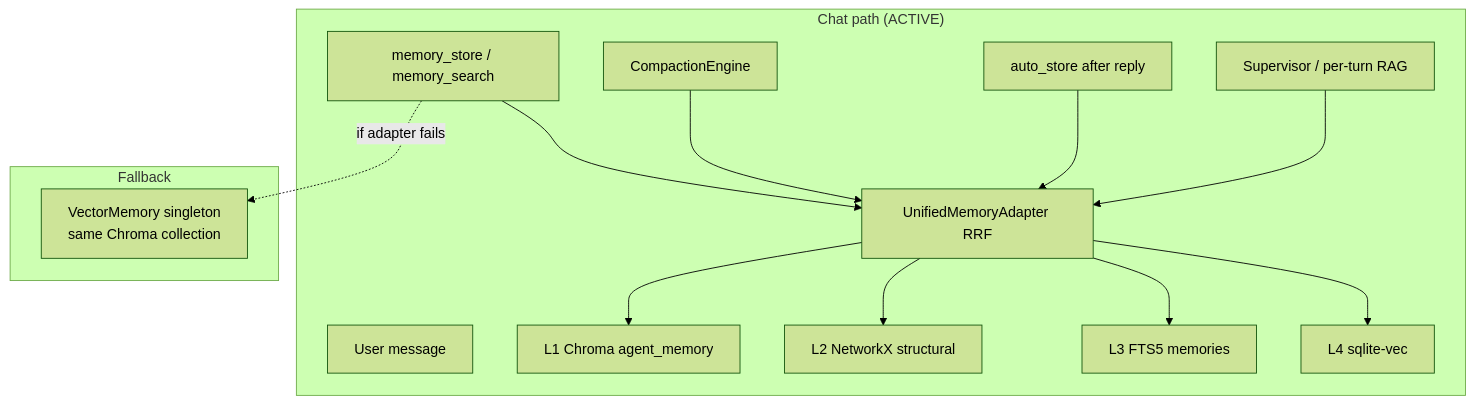
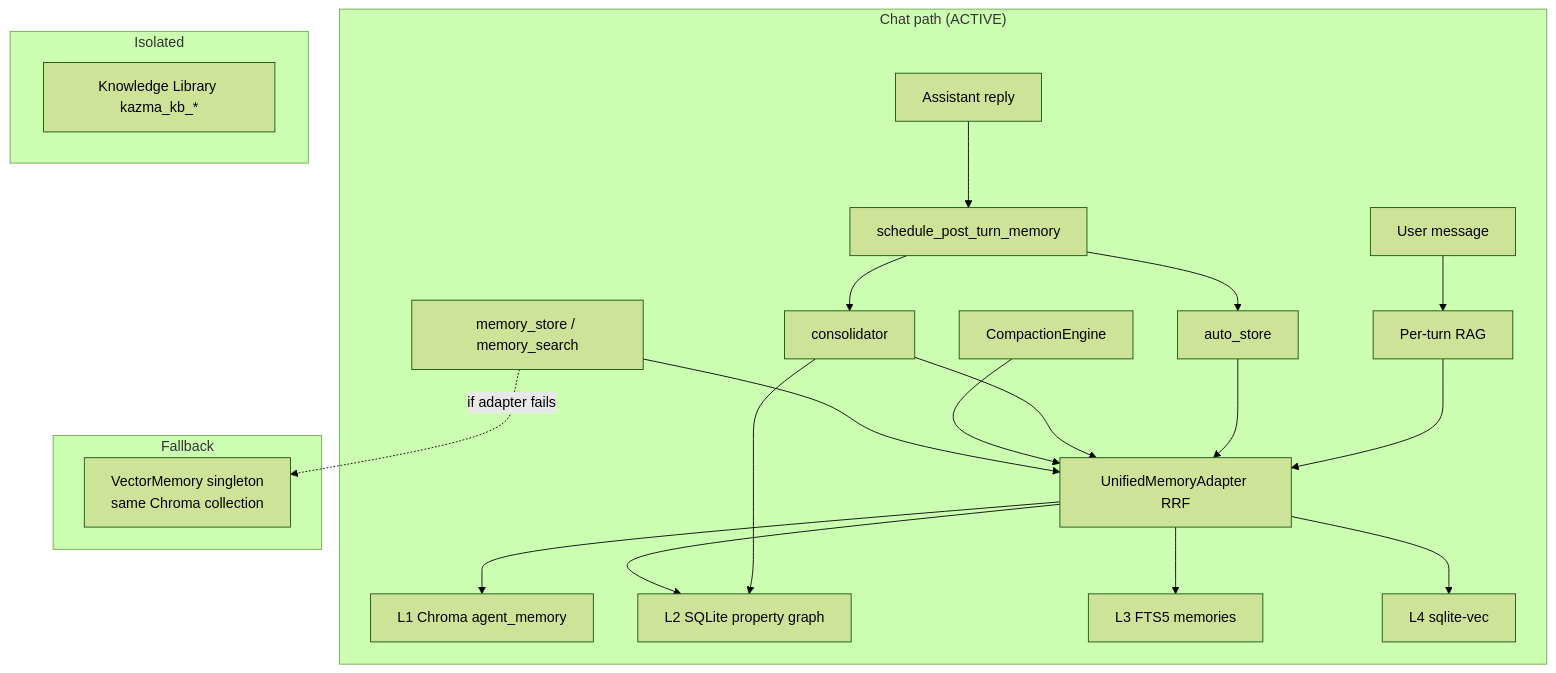
The diagram in docs/docs/guide/memory-and-rag.md (Mubder/kazma), drawn with Mermaid (forest theme) before and after one commit. The commit also changed other lines of this file and 13 other files, not shown here.

````diff
--- a/docs/docs/guide/memory-and-rag.md
+++ b/docs/docs/guide/memory-and-rag.md
@@ -15,25 +16,36 @@
 ```mermaid
 flowchart TB
     subgraph "Chat path (ACTIVE)"
         UV[User message]
-        SUP[Supervisor / per-turn RAG]
-        AS[auto_store after reply]
+        SUP[Per-turn RAG]
+        REPLY[Assistant reply]
+        POST[schedule_post_turn_memory]
+        AS[auto_store]
+        CON[consolidator]
         COMP[CompactionEngine]
         TOOLS[memory_store / memory_search]
         ADAPT[UnifiedMemoryAdapter RRF]
         L1[L1 Chroma agent_memory]
-        L2[L2 NetworkX structural]
+        L2[L2 SQLite property graph]
         L3[L3 FTS5 memories]
         L4[L4 sqlite-vec]
-        SUP --> ADAPT
-        AS --> ADAPT
+        UV --> SUP --> ADAPT
+        REPLY --> POST
+        POST --> AS --> ADAPT
+        POST --> CON
+        CON --> ADAPT
+        CON --> L2
         COMP --> ADAPT
         TOOLS --> ADAPT
         ADAPT --> L1 & L2 & L3 & L4
     end
 
     subgraph "Fallback"
         VM[VectorMemory singleton<br/>same Chroma collection]
         TOOLS -.->|if adapter fails| VM
     end
+
+    subgraph "Isolated"
+        KB[Knowledge Library kazma_kb_*]
+    end
 ```
````
